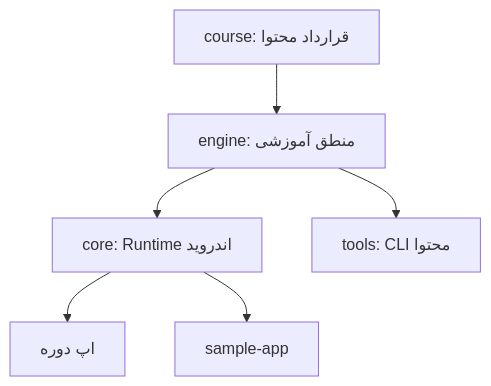
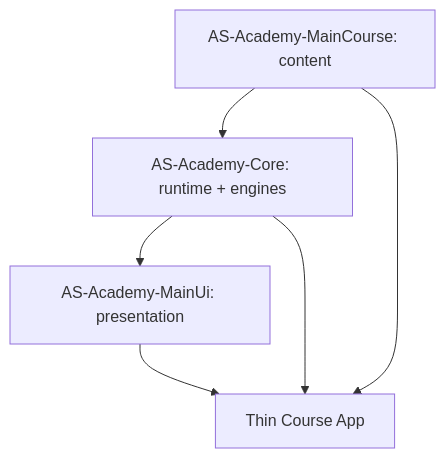
One commit to waxew/AS-Academy-Core changed the diagram in docs/architecture.md. Above: the diagram before and after it, drawn with Mermaid. The commit also changed other lines of this file, not shown here.

````diff
--- a/docs/architecture.md
+++ b/docs/architecture.md
@@ -9,8 +9,8 @@
 ```mermaid
 flowchart TD
-    Course["course: قرارداد محتوا"] --> Engine["engine: منطق آموزشی"]
-    Engine --> Core["core: Runtime اندروید"]
-    Engine --> Tools["tools: CLI محتوا"]
-    Core --> Host["اپ دوره"]
-    Core --> Sample["sample-app"]
+    MainCourse["AS-Academy-MainCourse: content"] --> Core["AS-Academy-Core: runtime + engines"]
+    Core --> MainUi["AS-Academy-MainUi: presentation"]
+    MainUi --> Host["Thin Course App"]
+    Core --> Host
+    MainCourse --> Host
 ```
````
